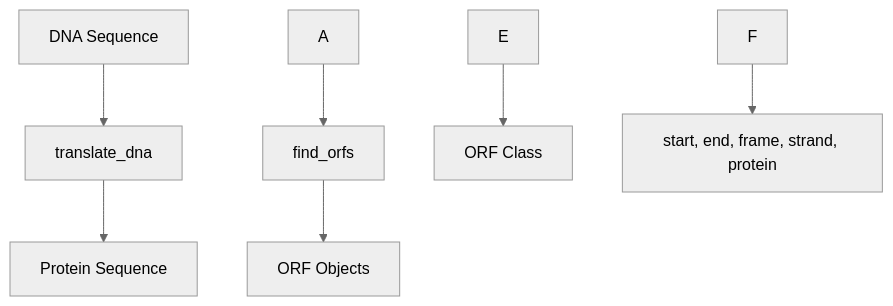
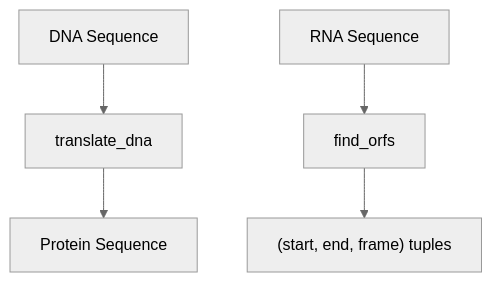
Before and after one commit to docxology/MetaInformAnt: the diagram in docs/dna/translation.md, drawn with Mermaid (neutral theme). The commit also changed other lines of this file and 6 other files, not shown here.

First line of the commit message:
Report each ORF once, in its own reading frame

````diff
--- a/docs/dna/translation.md
+++ b/docs/dna/translation.md
@@ -6,7 +5,5 @@
 ```mermaid
 flowchart TD
   AdnaSequence[DNA Sequence] --> BtranslateDna[translate_dna] --> CproteinSequence[Protein Sequence]
-  A --> DfindOrfs[find_orfs] --> EorfObjects[ORF Objects]
-  E --> ForfClass[ORF Class]
-  F --> Gstart,End,Frame,Strand,Protein[start, end, frame, strand, protein]
+  DrnaSequence[RNA Sequence] --> EfindOrfs[find_orfs] --> ForfTuples["(start, end, frame) tuples"]
 ```
````
